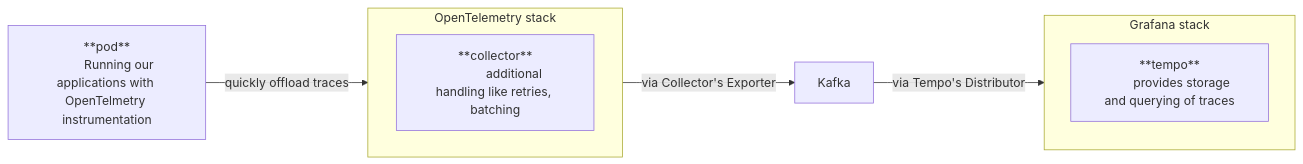
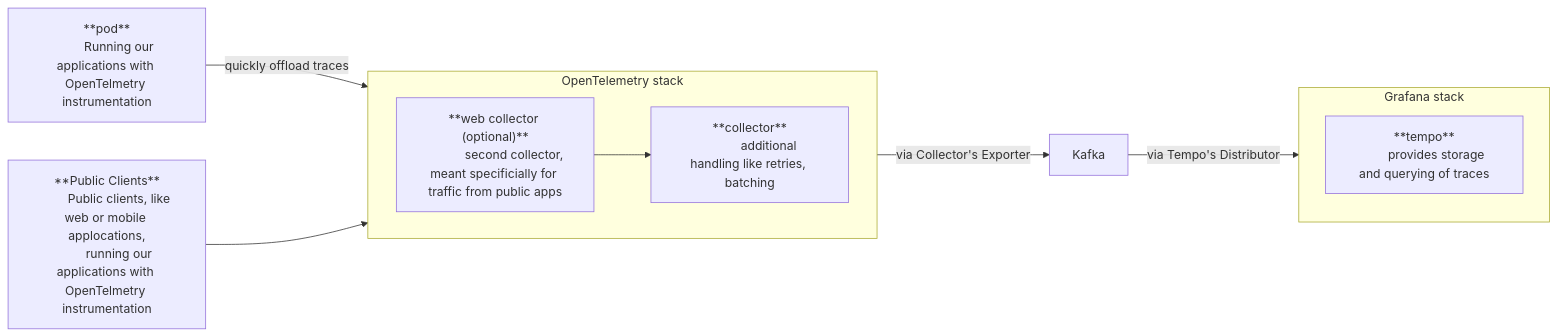
Before and after one commit to utilitywarehouse/opentelemetry-manifests: the diagram in README.md, drawn with Mermaid. The commit also changed 4 other files, not shown here.

First line of the commit message:
Import basic manifests for `web-collector`

````diff
--- a/README.md
+++ b/README.md
@@ -12,24 +12,35 @@
 ``` mermaid
 flowchart LR
     Pod[
         **pod**
         Running our applications with OpenTelmetry instrumentation
-    ] -- "quickly offload traces" --> OTEL
+    ] -- "quickly offload traces" --> Collector
+    PubClients[
+        **Public Clients**
+        Public clients, like web or mobile applocations,
+        running our applications with OpenTelmetry instrumentation
+    ] --> CollectorWeb
 
     subgraph OTEL[OpenTelemetry stack]
     direction LR
         Collector[
             **collector**
             additional handling like retries, batching
         ]
+        CollectorWeb["
+            **web collector (optional)**
+            second collector, meant specificially for traffic from public apps
+        "]
+        CollectorWeb-->Collector
     end OTEL
 
-    OTEL -- "via Collector's Exporter" --> Kafka -- "via Tempo's Distributor" --> Grafana
+    Collector -- "via Collector's Exporter" --> Kafka
+    Kafka -- "via Tempo's Distributor" --> Grafana
 
     subgraph Grafana[Grafana stack]
     Tempo["
         **tempo**
         provides storage and querying of traces
     "]
     end Grafana
 ```
````
